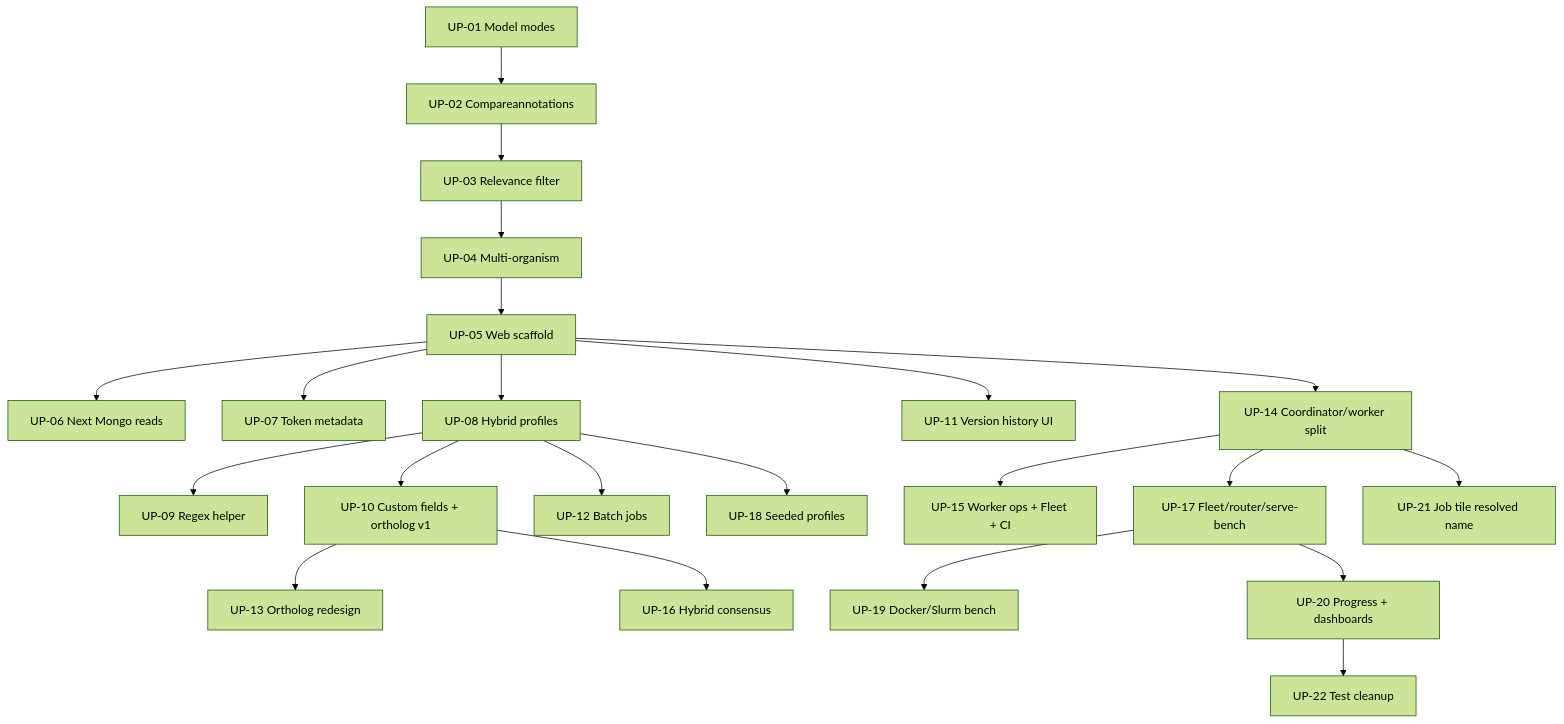
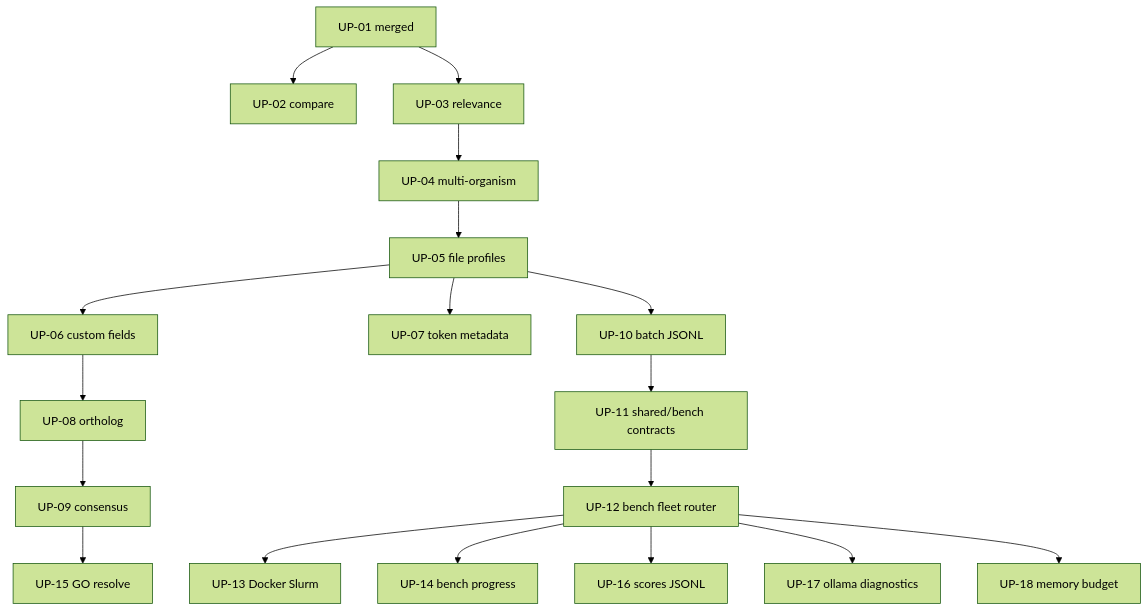
Before and after one commit to cadsaltz/gene-autoannotator: the diagram in docs/superpowers/specs/2026-07-21-upstream-pr-queue-design.md, drawn with Mermaid (forest theme). The commit also changed other lines of this file and 99 other files, not shown here.

````diff
--- a/docs/superpowers/specs/2026-07-21-upstream-pr-queue-design.md
+++ b/docs/superpowers/specs/2026-07-21-upstream-pr-queue-design.md
@@ -89,24 +78,20 @@
 ```mermaid
 flowchart TD
-  UP01[UP-01 Model modes] --> UP02[UP-02 Compareannotations]
-  UP02 --> UP03[UP-03 Relevance filter]
-  UP03 --> UP04[UP-04 Multi-organism]
-  UP04 --> UP05[UP-05 Web scaffold]
-  UP05 --> UP06[UP-06 Next Mongo reads]
-  UP05 --> UP07[UP-07 Token metadata]
-  UP05 --> UP08[UP-08 Hybrid profiles]
-  UP08 --> UP09[UP-09 Regex helper]
-  UP08 --> UP10[UP-10 Custom fields + ortholog v1]
-  UP05 --> UP11[UP-11 Version history UI]
-  UP08 --> UP12[UP-12 Batch jobs]
-  UP10 --> UP13[UP-13 Ortholog redesign]
-  UP05 --> UP14[UP-14 Coordinator/worker split]
-  UP14 --> UP15[UP-15 Worker ops + Fleet + CI]
-  UP10 --> UP16[UP-16 Hybrid consensus]
-  UP14 --> UP17[UP-17 Fleet/router/serve-bench]
-  UP08 --> UP18[UP-18 Seeded profiles]
-  UP17 --> UP19[UP-19 Docker/Slurm bench]
-  UP17 --> UP20[UP-20 Progress + dashboards]
-  UP14 --> UP21[UP-21 Job tile resolved name]
-  UP20 --> UP22[UP-22 Test cleanup]
+  UP01[UP-01 merged] --> UP02[UP-02 compare]
+  UP01 --> UP03[UP-03 relevance]
+  UP03 --> UP04[UP-04 multi-organism]
+  UP04 --> UP05[UP-05 file profiles]
+  UP05 --> UP06[UP-06 custom fields]
+  UP05 --> UP07[UP-07 token metadata]
+  UP06 --> UP08[UP-08 ortholog]
+  UP08 --> UP09[UP-09 consensus]
+  UP05 --> UP10[UP-10 batch JSONL]
+  UP10 --> UP11[UP-11 shared/bench contracts]
+  UP11 --> UP12[UP-12 bench fleet router]
+  UP12 --> UP13[UP-13 Docker Slurm]
+  UP12 --> UP14[UP-14 bench progress]
+  UP09 --> UP15[UP-15 GO resolve]
+  UP12 --> UP16[UP-16 scores JSONL]
+  UP12 --> UP17[UP-17 ollama diagnostics]
+  UP12 --> UP18[UP-18 memory budget]
 ```
````
